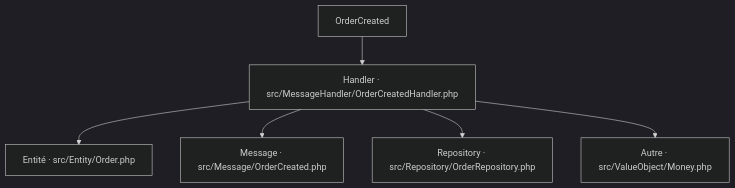
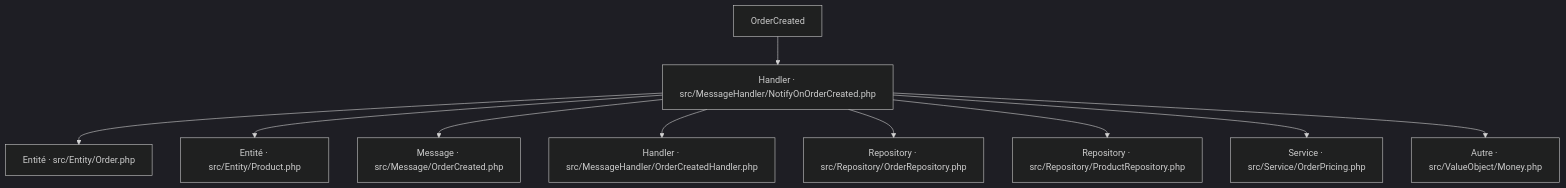
One commit to jul6art/devtools changed the diagram in tests/Fixtures/expected/symfony-minimal/docs/workflows/async/order-created.md. Above: the diagram before and after it, drawn with Mermaid (dark theme). The commit also changed other lines of this file and 82 other files, not shown here.

````diff
--- a/tests/Fixtures/expected/symfony-minimal/docs/workflows/async/order-created.md
+++ b/tests/Fixtures/expected/symfony-minimal/docs/workflows/async/order-created.md
@@ -19,14 +20,22 @@
 ```mermaid
 flowchart TD
   n1["OrderCreated"]
-  n2["Entité · src/Entity/Order.php"]
-  n3["Message · src/Message/OrderCreated.php"]
-  n4["Handler · src/MessageHandler/OrderCreatedHandler.php"]
-  n5["Repository · src/Repository/OrderRepository.php"]
-  n6["Autre · src/ValueObject/Money.php"]
-  n1 --> n4
-  n4 --> n2
-  n4 --> n3
-  n4 --> n5
-  n4 --> n6
+  n2["Handler · src/MessageHandler/NotifyOnOrderCreated.php"]
+  n3["Entité · src/Entity/Order.php"]
+  n4["Entité · src/Entity/Product.php"]
+  n5["Message · src/Message/OrderCreated.php"]
+  n6["Handler · src/MessageHandler/OrderCreatedHandler.php"]
+  n7["Repository · src/Repository/OrderRepository.php"]
+  n8["Repository · src/Repository/ProductRepository.php"]
+  n9["Service · src/Service/OrderPricing.php"]
+  n10["Autre · src/ValueObject/Money.php"]
+  n1 --> n2
+  n2 --> n3
+  n2 --> n4
+  n2 --> n5
+  n2 --> n6
+  n2 --> n7
+  n2 --> n8
+  n2 --> n9
+  n2 --> n10
 ```
````
